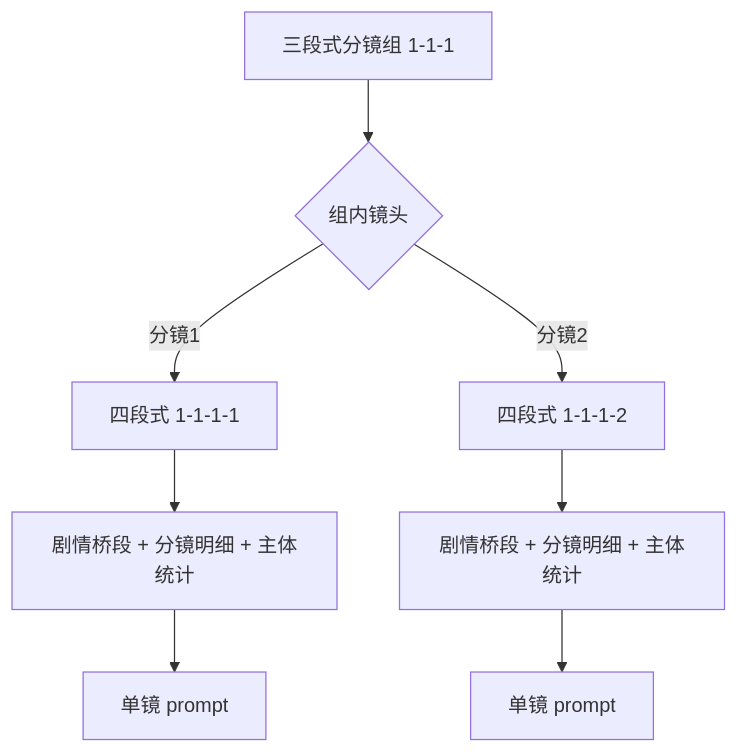
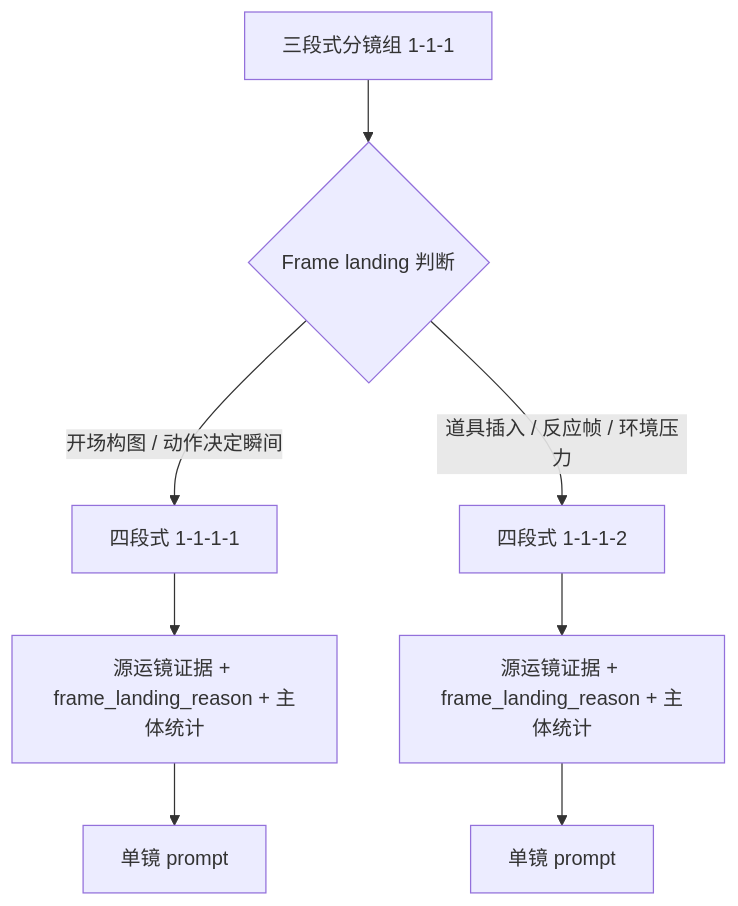
The second of 3 diagrams in .agents/skills/aigc/6-图像/A-分镜画面/SKILL.md (ZEN-VOID/AI-CUT), drawn with Mermaid before and after one commit. The commit also changed other lines of this file and 129 other files, not shown here.

````diff
--- a/.agents/skills/aigc/6-图像/A-分镜画面/SKILL.md
+++ b/.agents/skills/aigc/6-图像/A-分镜画面/SKILL.md
@@ -113,10 +113,10 @@
 ```mermaid
 flowchart TD
-    A["三段式分镜组 1-1-1"] --> B{"组内镜头"}
-    B -->|"分镜1"| C["四段式 1-1-1-1"]
-    B -->|"分镜2"| D["四段式 1-1-1-2"]
-    C --> E["剧情桥段 + 分镜明细 + 主体统计"]
-    D --> F["剧情桥段 + 分镜明细 + 主体统计"]
+    A["三段式分镜组 1-1-1"] --> B{"Frame landing 判断"}
+    B -->|"开场构图 / 动作决定瞬间"| C["四段式 1-1-1-1"]
+    B -->|"道具插入 / 反应帧 / 环境压力"| D["四段式 1-1-1-2"]
+    C --> E["源运镜证据 + frame_landing_reason + 主体统计"]
+    D --> F["源运镜证据 + frame_landing_reason + 主体统计"]
     E --> G["单镜 prompt"]
     F --> H["单镜 prompt"]
 ```
````
